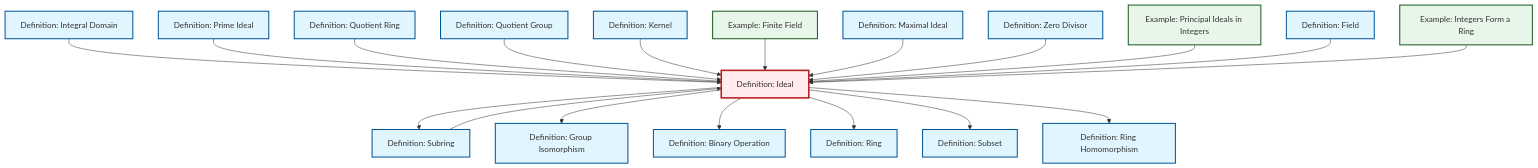
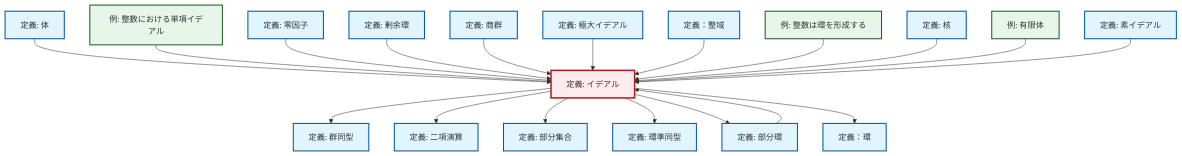
Before and after one commit to RK0429/ModernMath: the diagram in content/ja/algebra/def-ideal.qmd, drawn with Mermaid. The commit also changed 1069 other files, not shown here.

````diff
--- a/content/ja/algebra/def-ideal.qmd
+++ b/content/ja/algebra/def-ideal.qmd
@@ -84,63 +84,63 @@
 ```{mermaid}
 %%| fig-cap: "Local dependency graph"
 graph TD
     classDef definition fill:#e1f5fe,stroke:#01579b,stroke-width:2px
     classDef theorem fill:#f3e5f5,stroke:#4a148c,stroke-width:2px
     classDef axiom fill:#fff3e0,stroke:#e65100,stroke-width:2px
     classDef example fill:#e8f5e9,stroke:#1b5e20,stroke-width:2px
     classDef current fill:#ffebee,stroke:#b71c1c,stroke-width:3px
-    def-quotient-ring["Definition: Quotient Ring"]:::definition
-    def-isomorphism["Definition: Group Isomorphism"]:::definition
-    def-ring-homomorphism["Definition: Ring Homomorphism"]:::definition
-    def-maximal-ideal["Definition: Maximal Ideal"]:::definition
-    def-field["Definition: Field"]:::definition
-    def-prime-ideal["Definition: Prime Ideal"]:::definition
-    def-quotient-group["Definition: Quotient Group"]:::definition
-    def-ring["Definition: Ring"]:::definition
-    def-subset["Definition: Subset"]:::definition
-    def-ideal["Definition: Ideal"]:::definition
-    def-binary-operation["Definition: Binary Operation"]:::definition
-    def-zero-divisor["Definition: Zero Divisor"]:::definition
-    def-kernel["Definition: Kernel"]:::definition
-    ex-finite-field["Example: Finite Field"]:::example
-    def-subring["Definition: Subring"]:::definition
-    def-integral-domain["Definition: Integral Domain"]:::definition
-    ex-principal-ideal["Example: Principal Ideals in Integers"]:::example
-    ex-integers-ring["Example: Integers Form a Ring"]:::example
-    def-integral-domain --> def-ideal
-    def-ideal --> def-subring
+    def-zero-divisor["定義: 零因子"]:::definition
+    ex-integers-ring["例: 整数は環を形成する"]:::example
+    def-prime-ideal["定義: 素イデアル"]:::definition
+    def-ideal["定義: イデアル"]:::definition
+    def-maximal-ideal["定義: 極大イデアル"]:::definition
+    def-kernel["定義: 核"]:::definition
+    def-binary-operation["定義: 二項演算"]:::definition
+    def-isomorphism["定義: 群同型"]:::definition
+    def-quotient-ring["定義: 剰余環"]:::definition
+    def-field["定義: 体"]:::definition
+    def-ring-homomorphism["定義: 環準同型"]:::definition
+    def-ring["定義：環"]:::definition
+    ex-principal-ideal["例: 整数における単項イデアル"]:::example
+    def-integral-domain["定義：整域"]:::definition
+    def-subset["定義: 部分集合"]:::definition
+    def-quotient-group["定義: 商群"]:::definition
+    def-subring["定義: 部分環"]:::definition
+    ex-finite-field["例: 有限体"]:::example
+    def-field --> def-ideal
     def-ideal --> def-isomorphism
-    def-prime-ideal --> def-ideal
-    def-subring --> def-ideal
+    def-ideal --> def-binary-operation
+    def-ideal --> def-subset
+    ex-principal-ideal --> def-ideal
+    def-zero-divisor --> def-ideal
     def-quotient-ring --> def-ideal
     def-quotient-group --> def-ideal
+    def-ideal --> def-ring-homomorphism
+    def-maximal-ideal --> def-ideal
+    def-integral-domain --> def-ideal
+    ex-integers-ring --> def-ideal
+    def-subring --> def-ideal
     def-kernel --> def-ideal
-    def-ideal --> def-binary-operation
+    def-ideal --> def-subring
     ex-finite-field --> def-ideal
     def-ideal --> def-ring
-    def-maximal-ideal --> def-ideal
-    def-zero-divisor --> def-ideal
-    def-ideal --> def-subset
-    ex-principal-ideal --> def-ideal
-    def-ideal --> def-ring-homomorphism
-    def-field --> def-ideal
-    ex-integers-ring --> def-ideal
+    def-prime-ideal --> def-ideal
     class def-ideal current
-    click def-quotient-ring "def-quotient-ring.html" "Definition: Quotient Ringへ"
-    click def-isomorphism "def-isomorphism.html" "Definition: Group Isomorphismへ"
-    click def-ring-homomorphism "def-ring-homomorphism.html" "Definition: Ring Homomorphismへ"
-    click def-maximal-ideal "def-maximal-ideal.html" "Definition: Maximal Idealへ"
-    click def-field "def-field.html" "Definition: Fieldへ"
-    click def-prime-ideal "def-prime-ideal.html" "Definition: Prime Idealへ"
-    click def-quotient-group "def-quotient-group.html" "Definition: Quotient Groupへ"
-    click def-ring "def-ring.html" "Definition: Ringへ"
-    click def-subset "def-subset.html" "Definition: Subsetへ"
-    click def-binary-operation "def-binary-operation.html" "Definition: Binary Operationへ"
-    click def-zero-divisor "def-zero-divisor.html" "Definition: Zero Divisorへ"
-    click def-kernel "def-kernel.html" "Definition: Kernelへ"
-    click ex-finite-field "ex-finite-field.html" "Example: Finite Fieldへ"
-    click def-subring "def-subring.html" "Definition: Subringへ"
-    click def-integral-domain "def-integral-domain.html" "Definition: Integral Domainへ"
-    click ex-principal-ideal "ex-principal-ideal.html" "Example: Principal Ideals in Integersへ"
-    click ex-integers-ring "ex-integers-ring.html" "Example: Integers Form a Ringへ"
+    click def-zero-divisor "def-zero-divisor.html" "零因子の定義へ"
+    click ex-integers-ring "ex-integers-ring.html" "整数は環を形成するの例へ"
+    click def-prime-ideal "def-prime-ideal.html" "素イデアルの定義へ"
+    click def-maximal-ideal "def-maximal-ideal.html" "極大イデアルの定義へ"
+    click def-kernel "def-kernel.html" "核の定義へ"
+    click def-binary-operation "def-binary-operation.html" "二項演算の定義へ"
+    click def-isomorphism "def-isomorphism.html" "群同型の定義へ"
+    click def-quotient-ring "def-quotient-ring.html" "剰余環の定義へ"
+    click def-field "def-field.html" "体の定義へ"
+    click def-ring-homomorphism "def-ring-homomorphism.html" "環準同型の定義へ"
+    click def-ring "def-ring.html" "定義：環へ"
+    click ex-principal-ideal "ex-principal-ideal.html" "整数における単項イデアルの例へ"
+    click def-integral-domain "def-integral-domain.html" "定義：整域へ"
+    click def-subset "def-subset.html" "部分集合の定義へ"
+    click def-quotient-group "def-quotient-group.html" "商群の定義へ"
+    click def-subring "def-subring.html" "部分環の定義へ"
+    click ex-finite-field "ex-finite-field.html" "有限体の例へ"
 ```
````
